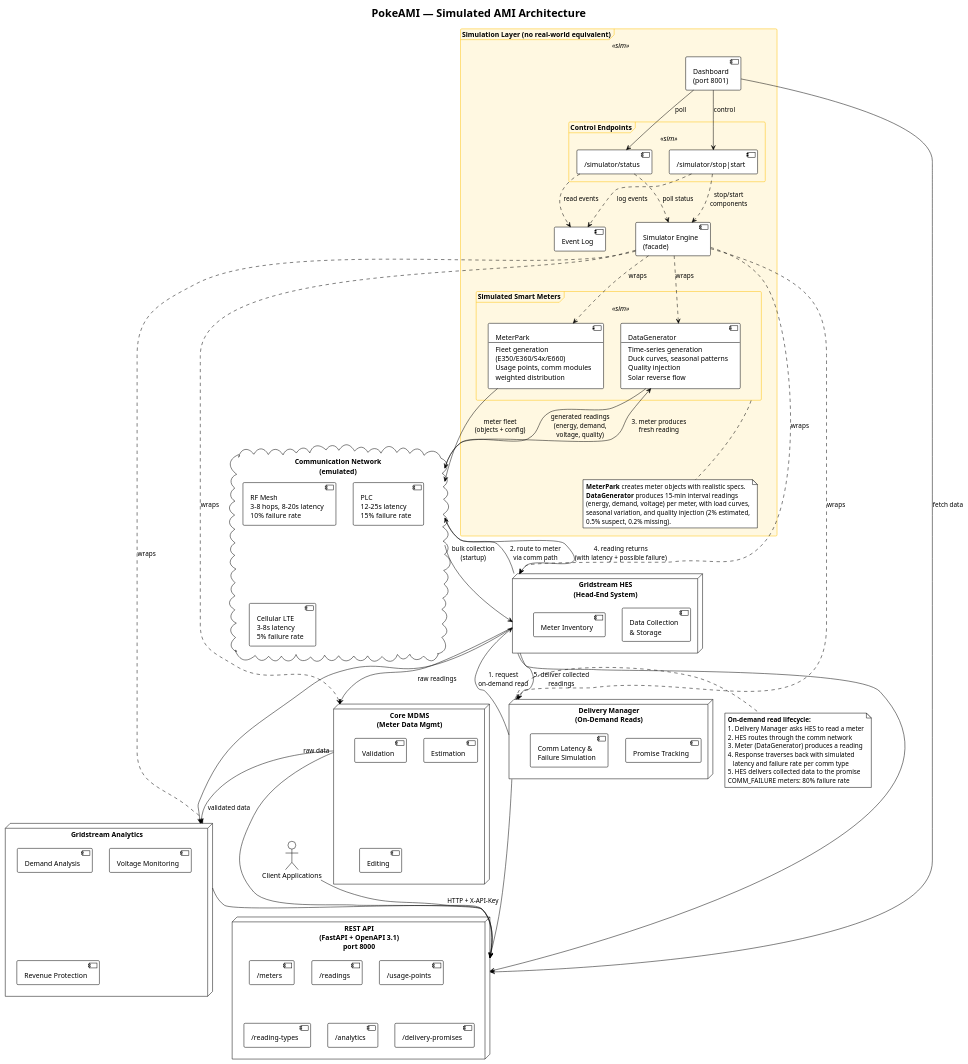
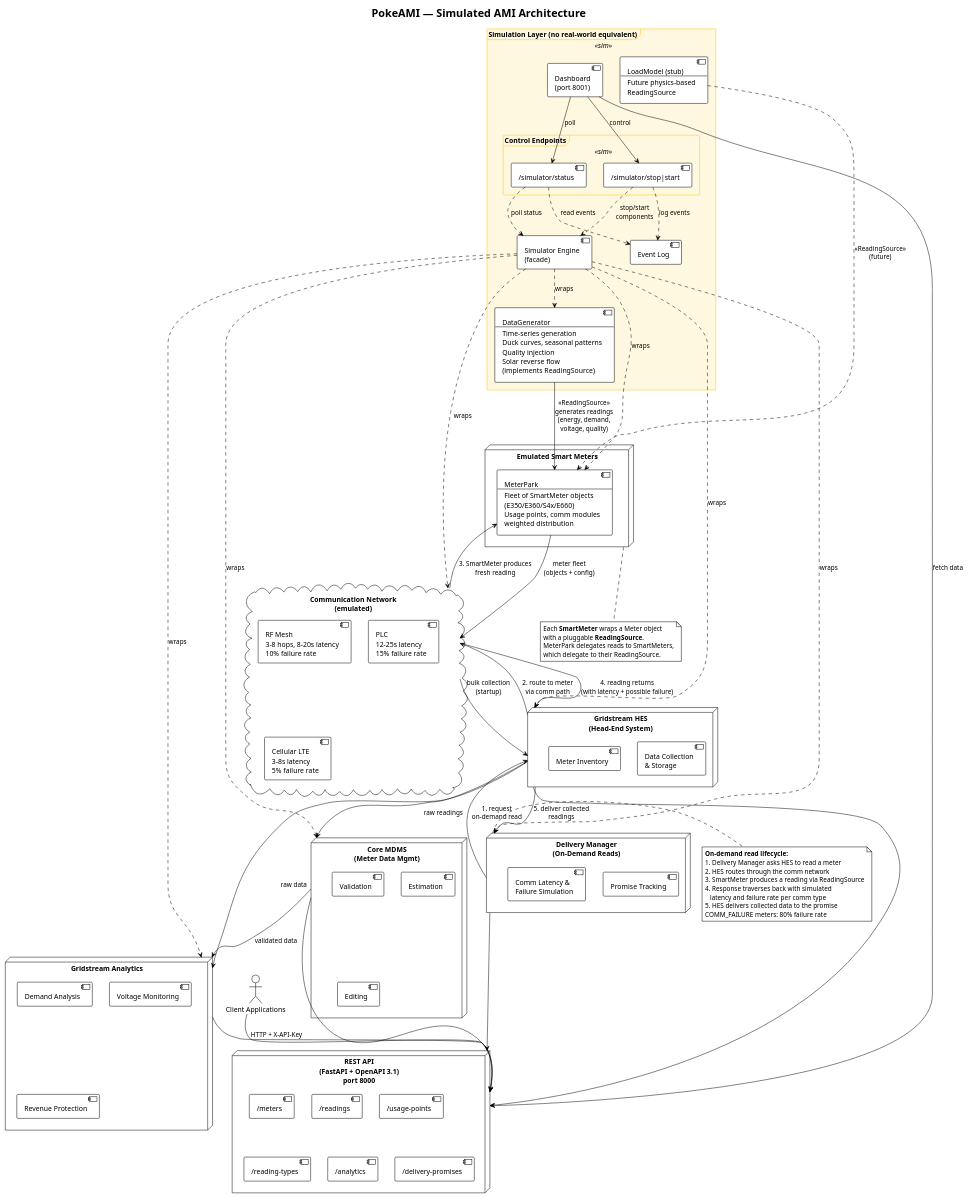
One commit to pjm4github/PokeAMI changed the diagram in docs/diagrams/architecture.puml. Above: the diagram before and after it, drawn with PlantUML. The commit also changed 31 other files, not shown here.

First line of the commit message:
Separate emulated AMI architecture, add delivery promise spec with MCP analysis

```diff
--- a/docs/diagrams/architecture.puml
+++ b/docs/diagrams/architecture.puml
@@ -1,153 +1,167 @@
 @startuml Architecture Diagram
 !theme plain
 
 title PokeAMI — Simulated AMI Architecture
 
 skinparam frame {
     BackgroundColor<<sim>> #FFF8E1
     BorderColor<<sim>> #FFC107
 }
 
 ' ============================================================
 '  Simulation Layer
 '  (generates data and controls the emulated components)
 ' ============================================================
 
 frame "Simulation Layer (no real-world equivalent)" <<sim>> {
 
-    frame "Simulated Smart Meters" <<sim>> as SM {
-        [MeterPark\n--\nFleet generation\n(E350/E360/S4x/E660)\nUsage points, comm modules\nweighted distribution] as MP
-        [DataGenerator\n--\nTime-series generation\nDuck curves, seasonal patterns\nQuality injection\nSolar reverse flow] as DG
-    }
+    [DataGenerator\n--\nTime-series generation\nDuck curves, seasonal patterns\nQuality injection\nSolar reverse flow\n(implements ReadingSource)] as DG
 
-    note bottom of SM
-        **MeterPark** creates meter objects with realistic specs.
-        **DataGenerator** produces 15-min interval readings
-        (energy, demand, voltage) per meter, with load curves,
-        seasonal variation, and quality injection (2% estimated,
-        0.5% suspect, 0.2% missing).
-    end note
+    [LoadModel (stub)\n--\nFuture physics-based\nReadingSource] as LM
 
     [Simulator Engine\n(facade)] as SE
     [Event Log] as EL
 
     frame "Control Endpoints" <<sim>> as CE {
         [/simulator/status] as SimStatus
         [/simulator/stop|start] as SimCtrl
     }
 
     [Dashboard\n(port 8001)] as Dash
 }
+
+' ============================================================
+'  Emulated Smart Meters
+'  (represent physical meter hardware in the field)
+' ============================================================
+
+node "Emulated Smart Meters" as ESM {
+    [MeterPark\n--\nFleet of SmartMeter objects\n(E350/E360/S4x/E660)\nUsage points, comm modules\nweighted distribution] as MP
+}
+
+note bottom of ESM
+    Each **SmartMeter** wraps a Meter object
+    with a pluggable **ReadingSource**.
+    MeterPark delegates reads to SmartMeters,
+    which delegate to their ReadingSource.
+end note
 
 ' ============================================================
 '  Emulated AMI Components
 '  (represent real Landis+Gyr infrastructure)
 ' ============================================================
 
 cloud "Communication Network\n(emulated)" as COMM {
     [RF Mesh\n3-8 hops, 8-20s latency\n10% failure rate] as RF
     [PLC\n12-25s latency\n15% failure rate] as PLC
     [Cellular LTE\n3-8s latency\n5% failure rate] as LTE
 }
 
 node "Gridstream HES\n(Head-End System)" as HES {
     [Data Collection\n& Storage] as DC
     [Meter Inventory] as MI
 }
 
 node "Core MDMS\n(Meter Data Mgmt)" as MDM {
     [Validation]
     [Estimation]
     [Editing]
 }
 
 node "Gridstream Analytics" as GA {
     [Demand Analysis]
     [Voltage Monitoring]
     [Revenue Protection]
 }
 
 node "Delivery Manager\n(On-Demand Reads)" as DM {
     [Promise Tracking] as PT
     [Comm Latency &\nFailure Simulation] as CLS
 }
 
 node "REST API\n(FastAPI + OpenAPI 3.1)\nport 8000" as API {
     [/meters]
     [/readings]
     [/usage-points]
     [/reading-types]
     [/analytics]
     [/delivery-promises]
 }
 
 actor "Client Applications" as Client
 
 ' ============================================================
-'  Data generation: simulation → meters → comm network → HES
+'  ReadingSource: simulation layer → emulated meters
+' ============================================================
+
+DG -down-> MP : <<ReadingSource>>\ngenerates readings\n(energy, demand,\nvoltage, quality)
+LM .down.> MP : <<ReadingSource>>\n(future)
+
+' ============================================================
+'  Data flow: meters → comm network → HES
 ' ============================================================
 
 MP -down-> COMM : meter fleet\n(objects + config)
-DG -down-> COMM : generated readings\n(energy, demand,\nvoltage, quality)
 
 COMM -down-> HES : bulk collection\n(startup)
 
 ' ============================================================
 '  On-demand read flow
 '  Client → API → Delivery Manager → HES → Comm Network
-'  → Meter (DataGenerator) → Comm Network → HES → response
+'  → SmartMeter (ReadingSource) → Comm Network → HES → response
 ' ============================================================
 
 DM -up-> HES : 1. request\non-demand read
 HES -up-> COMM : 2. route to meter\nvia comm path
-COMM -up-> DG : 3. meter produces\nfresh reading
+COMM -up-> MP : 3. SmartMeter produces\nfresh reading
 COMM -down-> HES : 4. reading returns\n(with latency + possible failure)
 HES -down-> DM : 5. deliver collected\nreadings
 
 note right of DM
     **On-demand read lifecycle:**
     1. Delivery Manager asks HES to read a meter
     2. HES routes through the comm network
-    3. Meter (DataGenerator) produces a reading
+    3. SmartMeter produces a reading via ReadingSource
     4. Response traverses back with simulated
        latency and failure rate per comm type
     5. HES delivers collected data to the promise
     COMM_FAILURE meters: 80% failure rate
 end note
 
 ' ============================================================
 '  Emulated AMI data flow (historical/batch)
 ' ============================================================
 
 HES -down-> MDM : raw readings
 HES -down-> GA : raw data
 MDM -down-> GA : validated data
 
 HES --> API
 MDM --> API
 GA --> API
 DM --> API
 
 Client --> API : HTTP + X-API-Key
 
 ' ============================================================
 '  Simulation control flow
 ' ============================================================
 
 SE ..> HES : wraps
 SE ..> MDM : wraps
 SE ..> GA : wraps
 SE ..> DM : wraps
 SE ..> MP : wraps
 SE ..> DG : wraps
+SE ..> COMM : wraps
 
 SimCtrl ..> SE : stop/start\ncomponents
 SimStatus ..> SE : poll status
 SimStatus ..> EL : read events
 SimCtrl ..> EL : log events
 
 Dash --> SimStatus : poll
 Dash --> SimCtrl : control
 Dash --> API : fetch data
 
 @enduml
```
